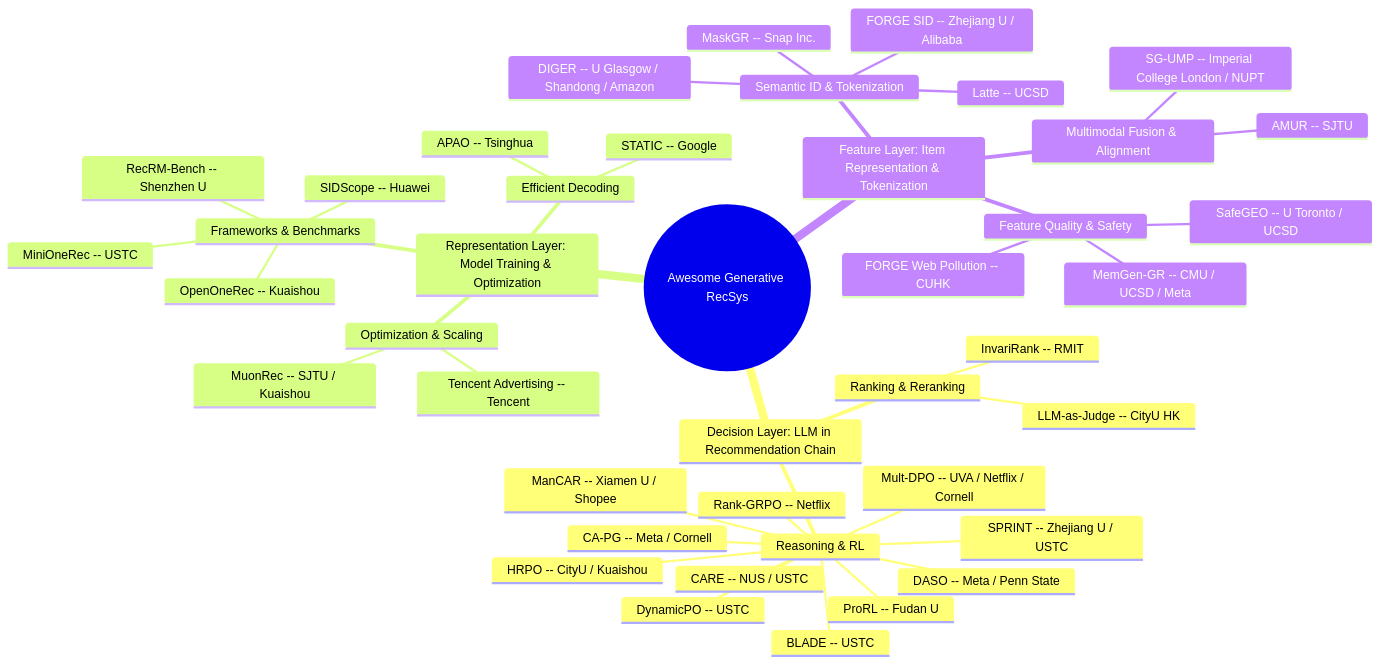
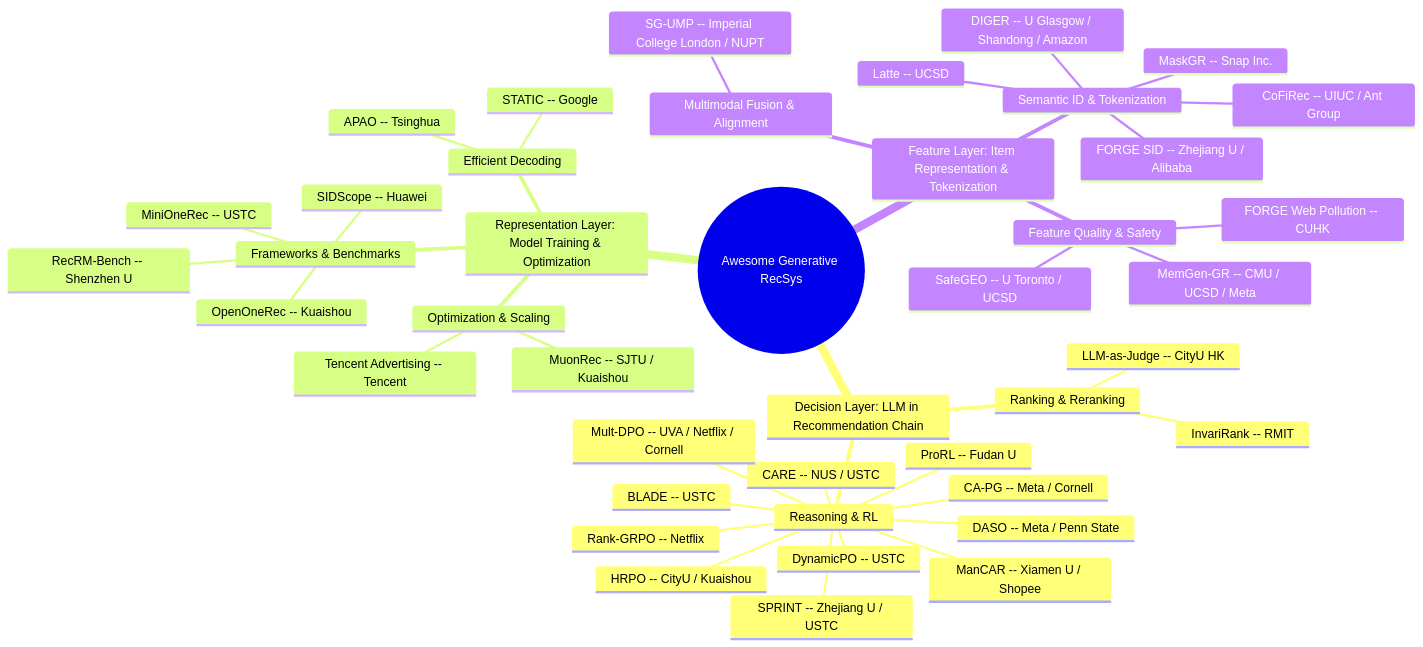
One commit to HaFred/awesome-generative-recsys changed the diagram in README.md. Above: the diagram before and after it, drawn with Mermaid. The commit also changed other lines of this file and 3 other files, not shown here.

Commit message:
feat: September 1 — 6 papers (1 opensource): CHAP USTC/Meituan personalized GR (EMNLP 2026 Findings), CoFiRec UIUC/Ant coarse-to-fine SID tokenization (RecSys 2026), Criteo SID off-policy evaluation, Alibaba GenRet e-commerce (WWW 2026), Walmart LLM-cited rationales, UCAS CoT reranking bottleneck

````diff
--- a/README.md
+++ b/README.md
@@ -29,45 +29,45 @@
 ```mermaid
 mindmap
   root((Awesome Generative RecSys))
     Decision Layer: LLM in Recommendation Chain
       Reasoning & RL
         Rank-GRPO -- Netflix
         DynamicPO -- USTC
         BLADE -- USTC
         SPRINT -- Zhejiang U / USTC
         CARE -- NUS / USTC
         HRPO -- CityU / Kuaishou
         Mult-DPO -- UVA / Netflix / Cornell
         CA-PG -- Meta / Cornell
         ProRL -- Fudan U
         ManCAR -- Xiamen U / Shopee
         DASO -- Meta / Penn State
       Ranking & Reranking
         InvariRank -- RMIT
         LLM-as-Judge -- CityU HK
     Representation Layer: Model Training & Optimization
       Frameworks & Benchmarks
         MiniOneRec -- USTC
         OpenOneRec -- Kuaishou
         RecRM-Bench -- Shenzhen U
         SIDScope -- Huawei
       Efficient Decoding
         STATIC -- Google
         APAO -- Tsinghua
       Optimization & Scaling
         MuonRec -- SJTU / Kuaishou
         Tencent Advertising -- Tencent
     Feature Layer: Item Representation & Tokenization
       Semantic ID & Tokenization
         Latte -- UCSD
         FORGE SID -- Zhejiang U / Alibaba
         DIGER -- U Glasgow / Shandong / Amazon
         MaskGR -- Snap Inc.
+        CoFiRec -- UIUC / Ant Group
       Multimodal Fusion & Alignment
         SG-UMP -- Imperial College London / NUPT
-        AMUR -- SJTU
       Feature Quality & Safety
         SafeGEO -- U Toronto / UCSD
         MemGen-GR -- CMU / UCSD / Meta
         FORGE Web Pollution -- CUHK
 ```
````
